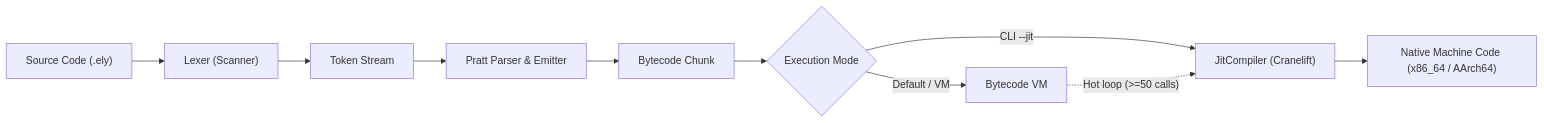
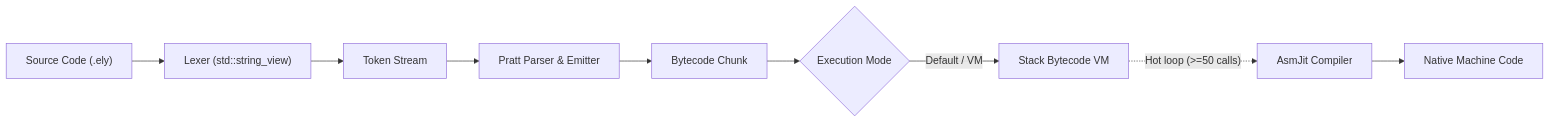
The second of 2 diagrams in docs/architecture.md (m4ce-w1ndu/elysabettian), drawn with Mermaid before and after one commit. The commit also changed other lines of this file and 2 other files, not shown here.

First line of the commit message:
docs(all): add C++20 README and update architecture for AsmJit JIT

````diff
--- a/docs/architecture.md
+++ b/docs/architecture.md
@@ -59,12 +53,11 @@
 ```mermaid
 flowchart LR
-    Source["Source Code (.ely)"] --> Lexer["Lexer (Scanner)"]
+    Source["Source Code (.ely)"] --> Lexer["Lexer (std::string_view)"]
     Lexer --> Tokens["Token Stream"]
     Tokens --> Pratt["Pratt Parser & Emitter"]
     Pratt --> Chunk["Bytecode Chunk"]
     Chunk --> Decision{"Execution Mode"}
-    Decision -->|"CLI --jit"| JIT["JitCompiler (Cranelift)"]
-    Decision -->|"Default / VM"| VM["Bytecode VM"]
-    VM -.->|"Hot loop (>=50 calls)"| JIT
-    JIT --> Native["Native Machine Code (x86_64 / AArch64)"]
+    Decision -->|"Default / VM"| VM["Stack Bytecode VM"]
+    VM -.->|"Hot loop (>=50 calls)"| JIT["AsmJit Compiler"]
+    JIT --> Native["Native Machine Code"]
 ```
````
